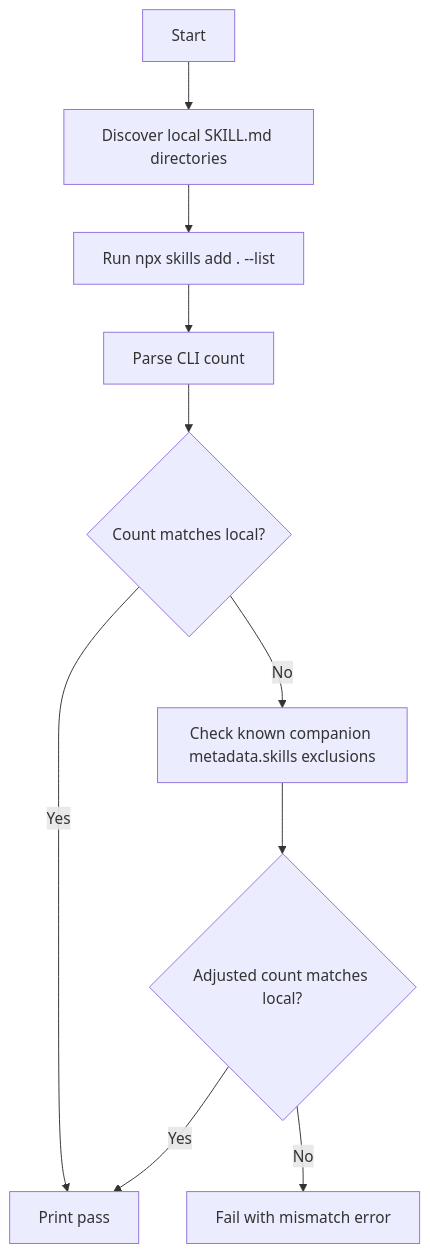
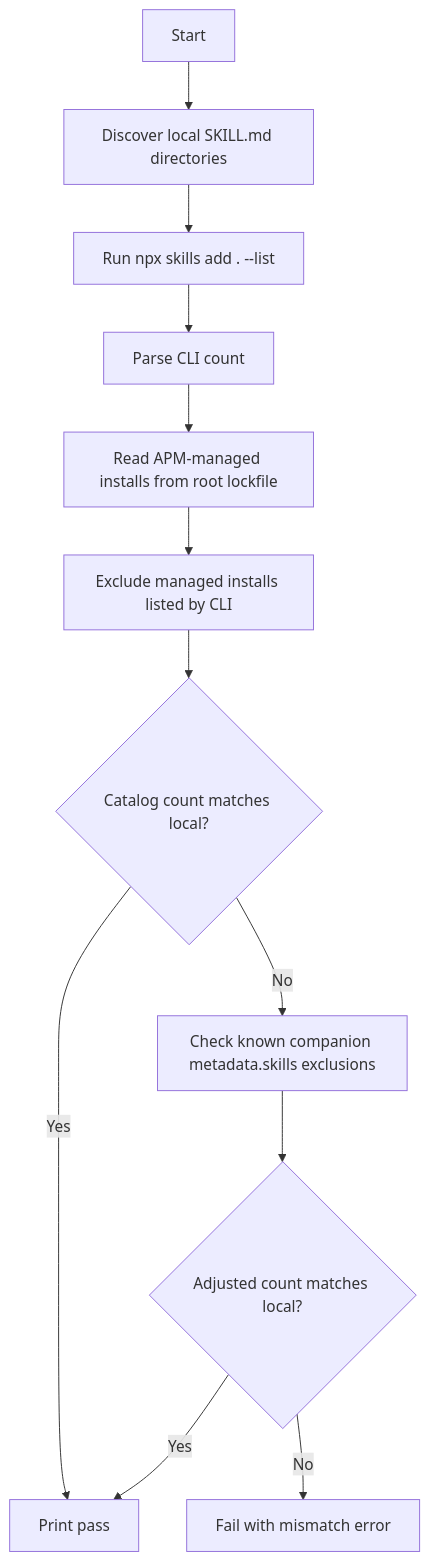
Before and after one commit to equinor/fusion-skills: the diagram in scripts/validate-skills/README.md, drawn with Mermaid. The commit also changed other lines of this file and 36 other files, not shown here.

````diff
--- a/scripts/validate-skills/README.md
+++ b/scripts/validate-skills/README.md
@@ -11,12 +15,14 @@
 ```mermaid
 flowchart TD
   A[Start] --> B[Discover local SKILL.md directories]
   B --> C[Run npx skills add . --list]
   C --> D[Parse CLI count]
-  D --> E{Count matches local?}
+  D --> D1[Read APM-managed installs from root lockfile]
+  D1 --> D2[Exclude managed installs listed by CLI]
+  D2 --> E{Catalog count matches local?}
   E -- Yes --> F[Print pass]
   E -- No --> F1[Check known companion metadata.skills exclusions]
   F1 --> F2{Adjusted count matches local?}
   F2 -- Yes --> F
   F2 -- No --> G[Fail with mismatch error]
 ```
````
